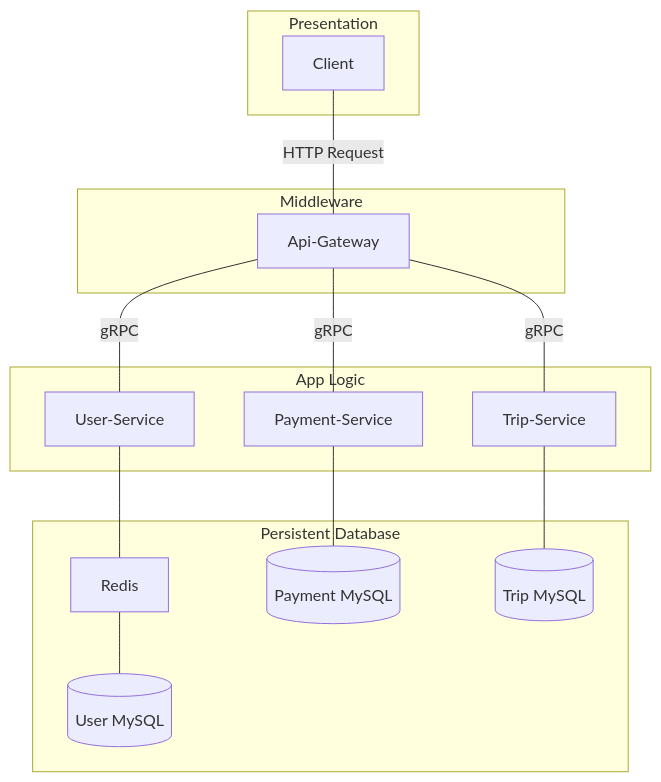
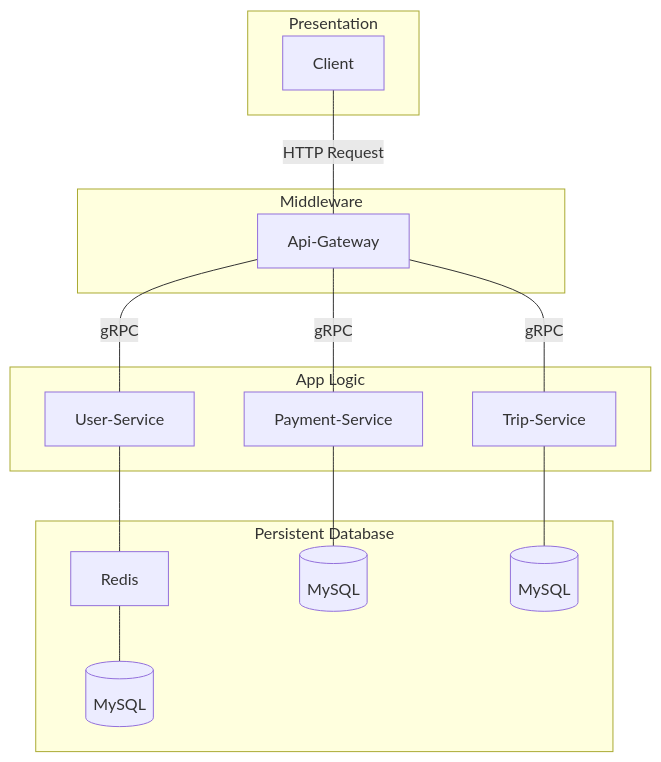
The diagram in README.md (haiyen11231/eco-taxi-api-gateway), drawn with Mermaid before and after one commit.

Commit message:
:memo: docs: update System Architecture Diagram

````diff
--- a/README.md
+++ b/README.md
@@ -73,38 +73,38 @@
 ```mermaid
 graph TD
     %% Presentation Layer
     subgraph Presentation
         Client
     end
 
     %% Middleware Layer
     subgraph Middleware
         Api-Gateway
     end
 
     %% App Logic Layer
     subgraph App_Logic [App Logic]
         User-Service
         Trip-Service
         Payment-Service
     end
 
     %% Persistent Database Layer
     subgraph Persistent_Database [Persistent Database]
         Redis
-        User-MySQL[(User MySQL)]
-        Payment-MySQL[(Payment MySQL)]
-        Trip-MySQL[(Trip MySQL)]
+        User-MySQL[(MySQL)]
+        Payment-MySQL[(MySQL)]
+        Trip-MySQL[(MySQL)]
     end
 
     %% Connections
     Client ---|HTTP Request| Api-Gateway
     Api-Gateway ---|gRPC| User-Service
     Api-Gateway ---|gRPC| Trip-Service
     Api-Gateway ---|gRPC| Payment-Service
     User-Service --- Redis
     Redis --- User-MySQL
     Payment-Service --- Payment-MySQL
     Trip-Service --- Trip-MySQL
 
 ```
````
